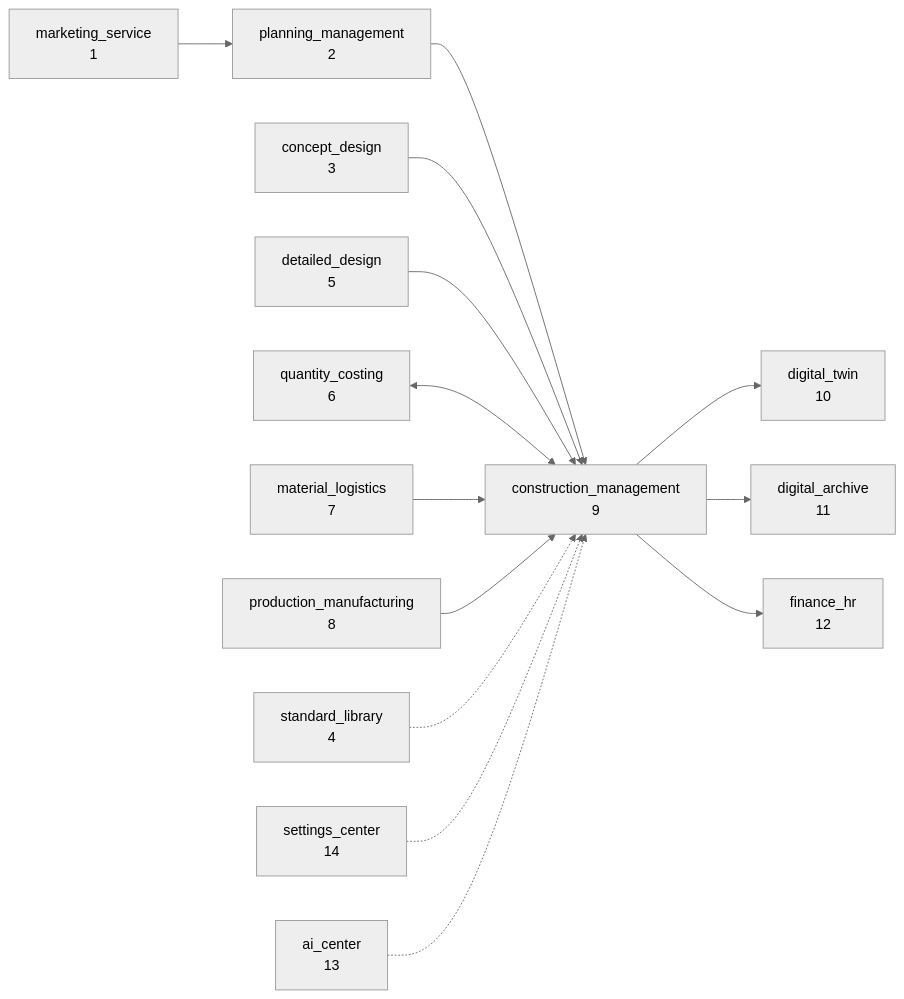
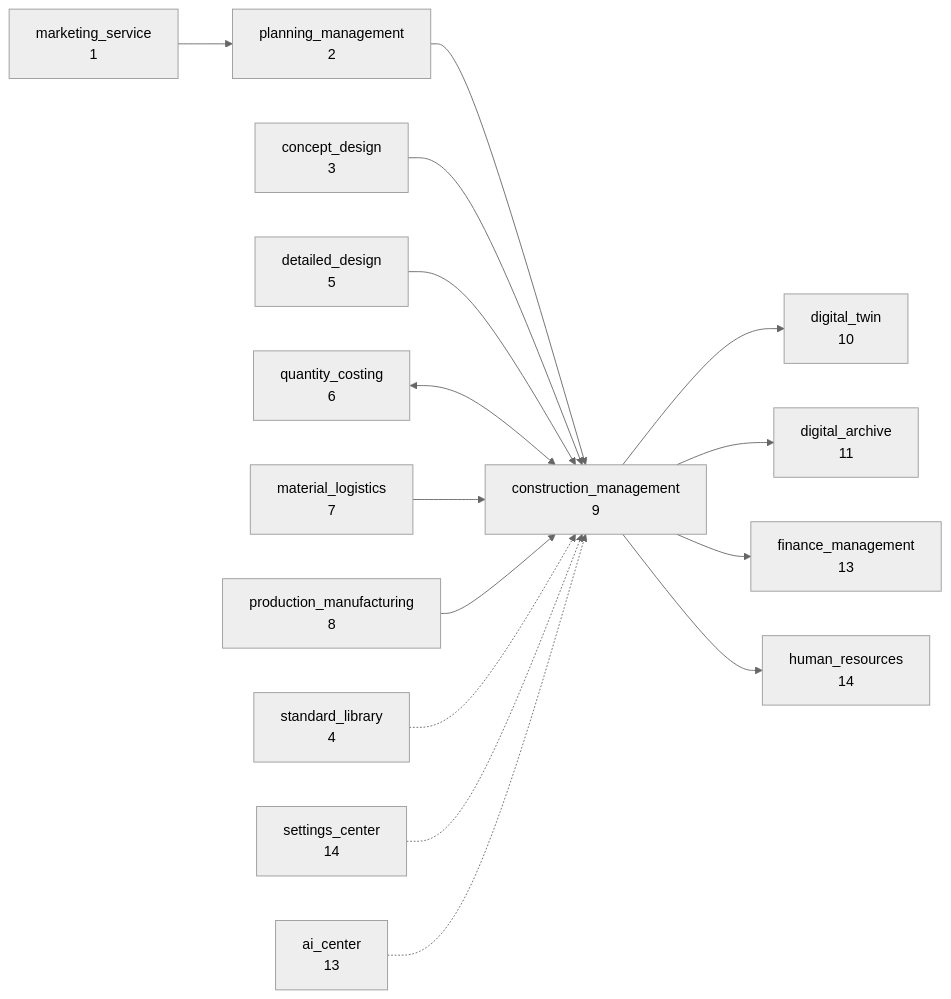
One commit to ActiveInAI/ArchIToken changed the diagram in 04-backend/agent-orchestrator/prompts/construction_management/INTEGRATION.md. Above: the diagram before and after it, drawn with Mermaid (neutral theme). The commit also changed 294 other files, not shown here.

````diff
--- a/04-backend/agent-orchestrator/prompts/construction_management/INTEGRATION.md
+++ b/04-backend/agent-orchestrator/prompts/construction_management/INTEGRATION.md
@@ -9,16 +9,17 @@
 ```mermaid
 flowchart LR
     MS[marketing_service<br/>1] --> PM[planning_management<br/>2]
     PM --> CS[construction_management<br/>9]
     CD[concept_design<br/>3] --> CS
     DD[detailed_design<br/>5] --> CS
     QC[quantity_costing<br/>6] <--> CS
     ML[material_logistics<br/>7] --> CS
     MF[production_manufacturing<br/>8] --> CS
     SL[standard_library<br/>4] -.-> CS
     SC[settings_center<br/>14] -.-> CS
     AI[ai_center<br/>13] -.-> CS
     CS --> DT[digital_twin<br/>10]
     CS --> DA[digital_archive<br/>11]
-    CS --> FH[finance_hr<br/>12]
+    CS --> FM[finance_management<br/>13]
+    CS --> HR[human_resources<br/>14]
 ```
````
